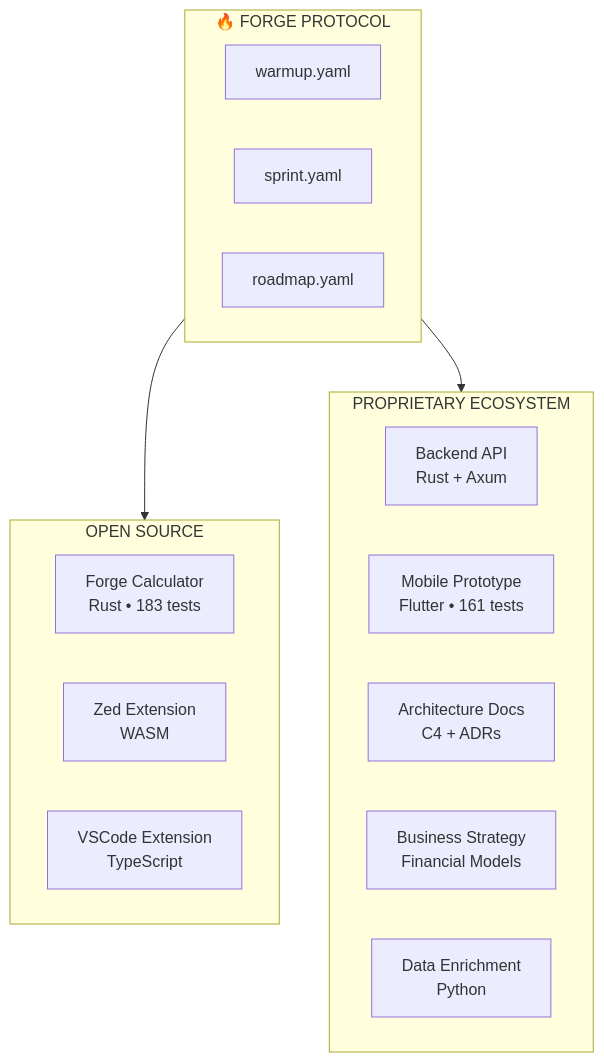
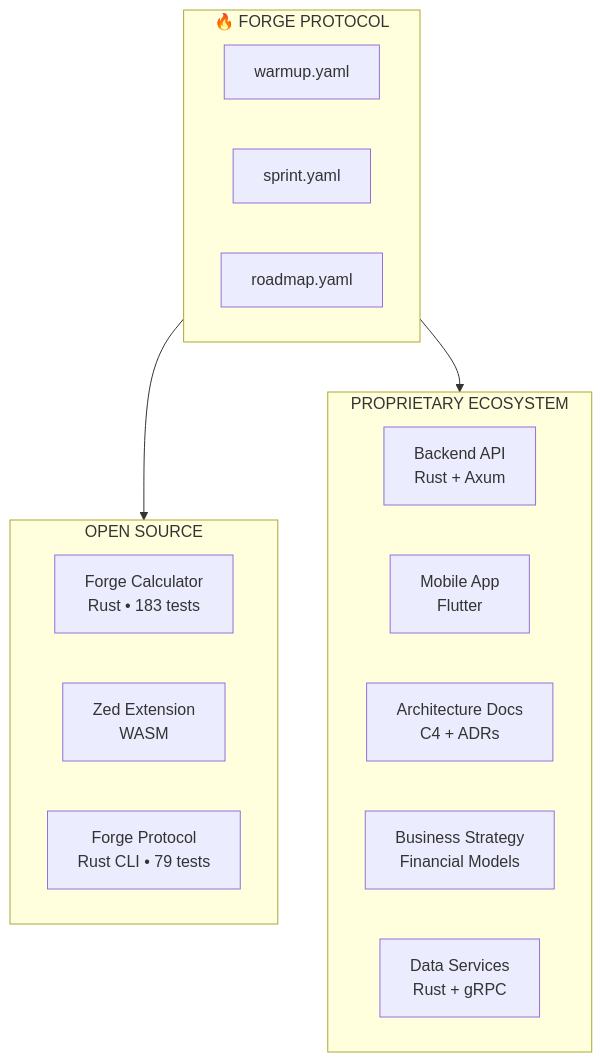
One commit to royalbit/asimov changed the diagram in docs/ECOSYSTEM.md. Above: the diagram before and after it, drawn with Mermaid. The commit also changed other lines of this file and 2 other files, not shown here.

````diff
--- a/docs/ECOSYSTEM.md
+++ b/docs/ECOSYSTEM.md
@@ -16,25 +16,25 @@
 ```mermaid
 flowchart TB
     subgraph protocol["🔥 FORGE PROTOCOL"]
         W[warmup.yaml]
         S[sprint.yaml]
         R[roadmap.yaml]
     end
 
     subgraph foss["OPEN SOURCE"]
         FORGE[Forge Calculator<br/>Rust • 183 tests]
         ZED[Zed Extension<br/>WASM]
-        VSCODE[VSCode Extension<br/>TypeScript]
+        PROTOCOL[Forge Protocol<br/>Rust CLI • 79 tests]
     end
 
     subgraph proprietary["PROPRIETARY ECOSYSTEM"]
         API[Backend API<br/>Rust + Axum]
-        PROTO[Mobile Prototype<br/>Flutter • 161 tests]
+        PROTO[Mobile App<br/>Flutter]
         ARCH[Architecture Docs<br/>C4 + ADRs]
         BIZ[Business Strategy<br/>Financial Models]
-        ENRICH[Data Enrichment<br/>Python]
+        ENRICH[Data Services<br/>Rust + gRPC]
     end
 
     protocol --> foss
     protocol --> proprietary
 ```
````
